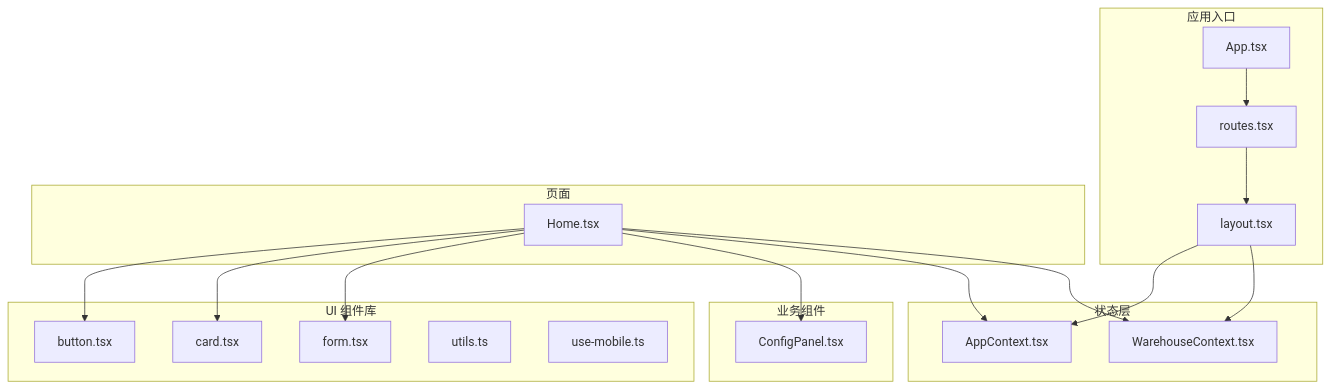
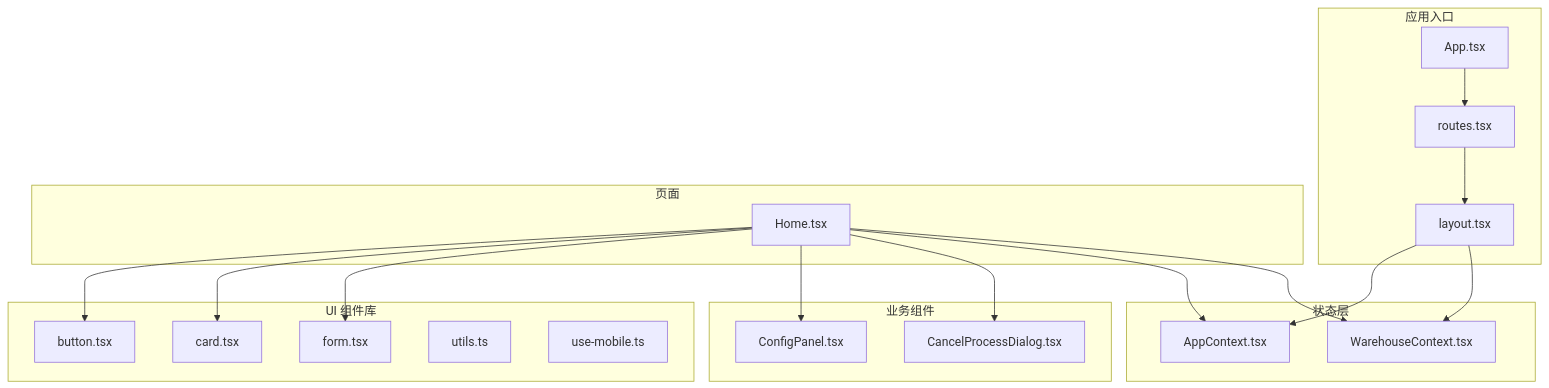
Before and after one commit to chinak/permission_apply: the first of 10 diagrams in .qoder/repowiki/zh/content/架构设计/组件架构.md, drawn with Mermaid. The commit also changed other lines of this file and 43 other files, not shown here.

````diff
--- a/.qoder/repowiki/zh/content/架构设计/组件架构.md
+++ b/.qoder/repowiki/zh/content/架构设计/组件架构.md
@@ -47,34 +57,36 @@
 ```mermaid
 graph TB
 subgraph "应用入口"
 APP["App.tsx"]
 ROUTER["routes.tsx"]
 LAYOUT["layout.tsx"]
 end
 subgraph "状态层"
 APPCTX["AppContext.tsx"]
 WAREHOUSECTX["WarehouseContext.tsx"]
 end
 subgraph "UI 组件库"
 BTN["button.tsx"]
 CARD["card.tsx"]
 FORM["form.tsx"]
 UTILS["utils.ts"]
 USEMOBILE["use-mobile.ts"]
 end
 subgraph "业务组件"
 CONFIGPANEL["ConfigPanel.tsx"]
+CANCELPROC["CancelProcessDialog.tsx"]
 end
 subgraph "页面"
 HOME["Home.tsx"]
 end
 APP --> ROUTER --> LAYOUT
 LAYOUT --> APPCTX
 LAYOUT --> WAREHOUSECTX
 HOME --> BTN
 HOME --> CARD
 HOME --> FORM
 HOME --> CONFIGPANEL
+HOME --> CANCELPROC
 HOME --> APPCTX
 HOME --> WAREHOUSECTX
 ```
````
